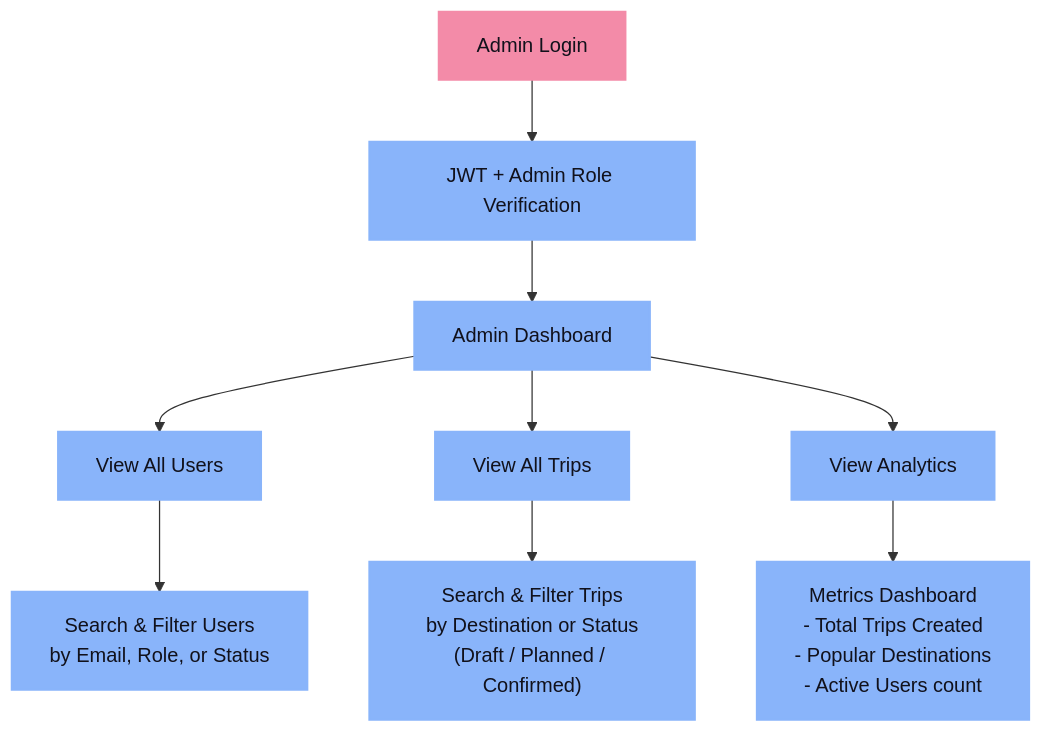
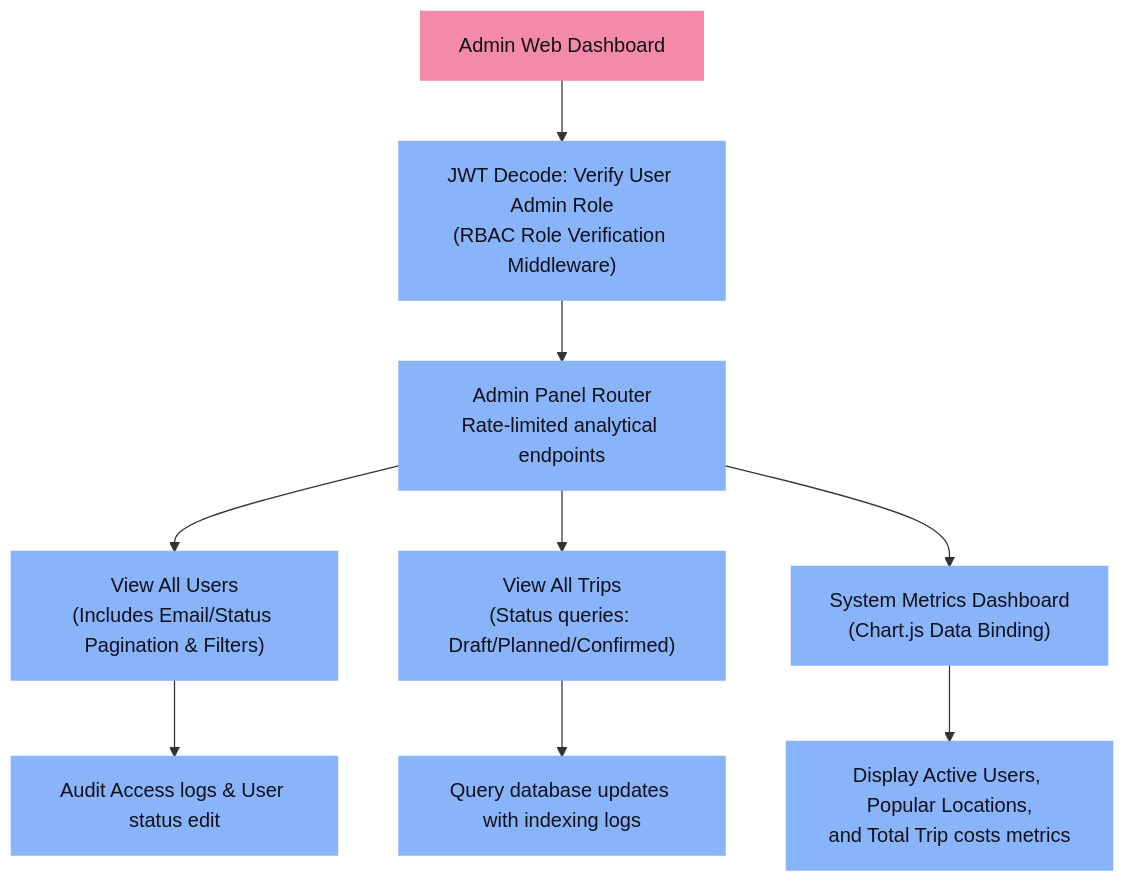
Before and after one commit to Dhayananth1511/AI-Travel-Planner_CapStoneProject_Presidio_InternShip: the second of 5 diagrams in README.md, drawn with Mermaid. The commit also changed other lines of this file, not shown here.

Commit message:
Flow chart

````diff
--- a/README.md
+++ b/README.md
@@ -212,20 +81,18 @@
 ```mermaid
 graph TD
     classDef default fill:#1e1e2e,stroke:#cdd6f4,stroke-width:2px,color:#cdd6f4;
     classDef startEnd fill:#a6e3a1,stroke:#a6e3a1,stroke-width:2px,color:#11111b;
     classDef process fill:#89b4fa,stroke:#89b4fa,stroke-width:2px,color:#11111b;
     classDef admin fill:#f38ba8,stroke:#f38ba8,stroke-width:2px,color:#11111b;
 
-    Admin["Admin Login"]:::admin --> Auth["JWT + Admin Role Verification"]:::process
-    Auth --> Dashboard["Admin Dashboard"]:::process
+    Admin["Admin Web Dashboard"]:::admin --> Auth["JWT Decode: Verify User Admin Role<br/>(RBAC Role Verification Middleware)"]:::process
+    Auth --> DashboardREST["Admin Panel Router<br/>Rate-limited analytical endpoints"]:::process
     
-    Dashboard --> Users["View All Users"]:::process
-    Dashboard --> Trips["View All Trips"]:::process
-    Dashboard --> Analytics["View Analytics"]:::process
+    DashboardREST --> Users["View All Users<br/>(Includes Email/Status Pagination & Filters)"]:::process
+    DashboardREST --> Trips["View All Trips<br/>(Status queries: Draft/Planned/Confirmed)"]:::process
+    DashboardREST --> Analytics["System Metrics Dashboard<br/>(Chart.js Data Binding)"]:::process
     
-    Users --> FilterUsers["Search & Filter Users<br/>by Email, Role, or Status"]:::process
-    
-    Trips --> FilterTrips["Search & Filter Trips<br/>by Destination or Status<br/>(Draft / Planned / Confirmed)"]:::process
-    
-    Analytics --> Stats["Metrics Dashboard<br/>- Total Trips Created<br/>- Popular Destinations<br/>- Active Users count"]:::process
+    Users --> AuditLogs["Audit Access logs & User status edit"]:::process
+    Trips --> SearchTrips["Query database updates with indexing logs"]:::process
+    Analytics --> Stats["Display Active Users, Popular Locations,<br/>and Total Trip costs metrics"]:::process
 ```
````
